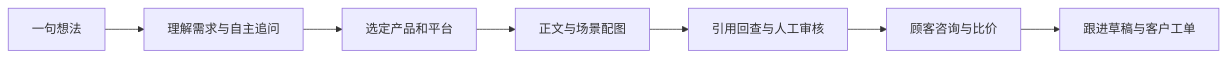
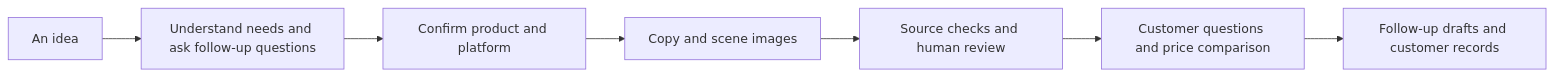
One commit to 22jia/Huawei-PC-marketing-agent changed the diagram in README.md. Above: the diagram before and after it, drawn with Mermaid. The commit also changed other lines of this file and 2 other files, not shown here.

````diff
--- a/README.md
+++ b/README.md
@@ -31,9 +31,9 @@
 ```mermaid
 flowchart LR
-    A[一句想法] --> B[理解需求与自主追问]
-    B --> C[选定产品和平台]
-    C --> D[正文与场景配图]
-    D --> E[引用回查与人工审核]
-    E --> F[顾客咨询与比价]
-    F --> G[跟进草稿与客户工单]
+    A[An idea] --> B[Understand needs and ask follow-up questions]
+    B --> C[Confirm product and platform]
+    C --> D[Copy and scene images]
+    D --> E[Source checks and human review]
+    E --> F[Customer questions and price comparison]
+    F --> G[Follow-up drafts and customer records]
 ```
````
